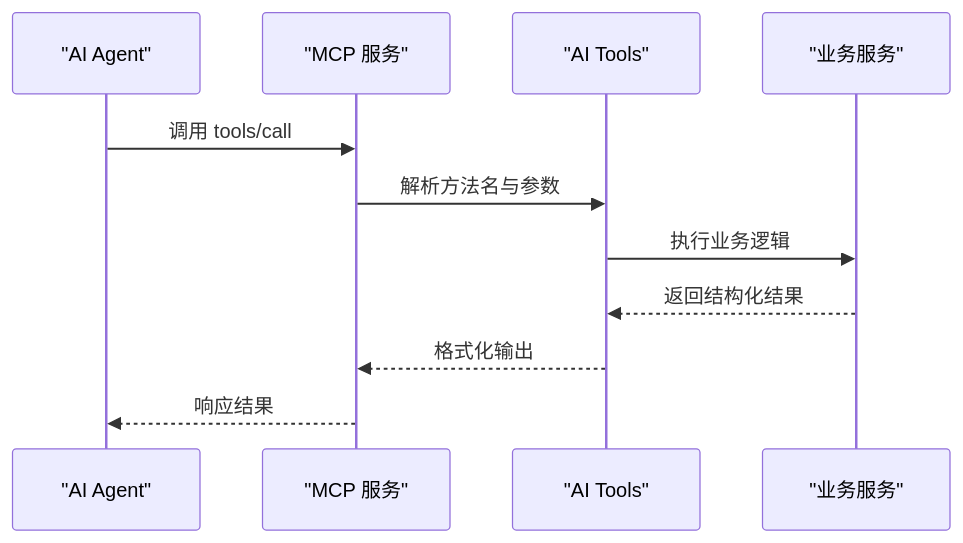
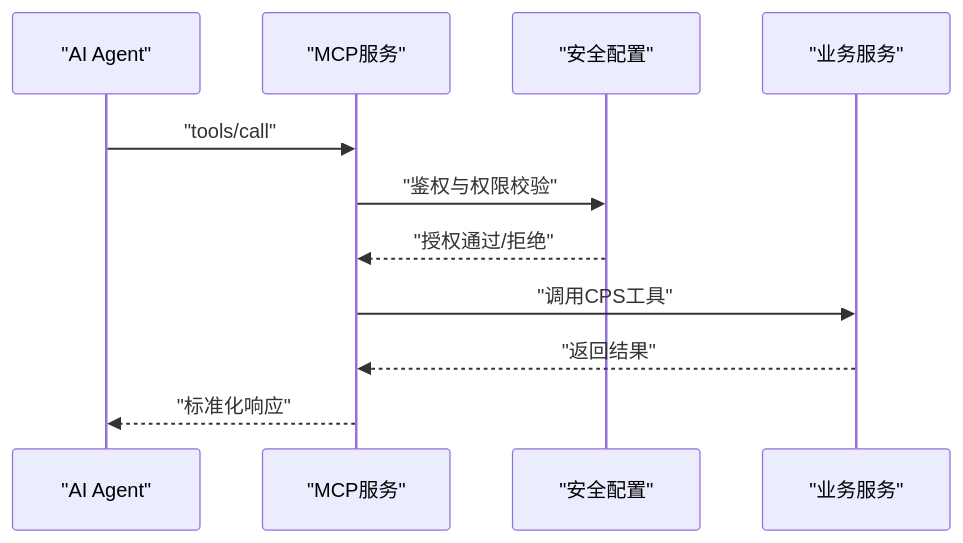
Before and after one commit to zhuangpengLI/AgenticCPS: the fifth of 7 diagrams in .qoder/repowiki/zh/content/项目概述/项目介绍与背景.md, drawn with Mermaid. The commit also changed other lines of this file and 293 other files, not shown here.

````diff
--- a/.qoder/repowiki/zh/content/项目概述/项目介绍与背景.md
+++ b/.qoder/repowiki/zh/content/项目概述/项目介绍与背景.md
@@ -169,13 +185,13 @@
 ```mermaid
 sequenceDiagram
 participant Agent as "AI Agent"
-participant MCP as "MCP 服务"
-participant Tools as "AI Tools"
-participant Biz as "业务服务"
-Agent->>MCP : 调用 tools/call
-MCP->>Tools : 解析方法名与参数
-Tools->>Biz : 执行业务逻辑
-Biz-->>Tools : 返回结构化结果
-Tools-->>MCP : 格式化输出
-MCP-->>Agent : 响应结果
+participant MCP as "MCP服务"
+participant Sec as "安全配置"
+participant Service as "业务服务"
+Agent->>MCP : "tools/call"
+MCP->>Sec : "鉴权与权限校验"
+Sec-->>MCP : "授权通过/拒绝"
+MCP->>Service : "调用CPS工具"
+Service-->>MCP : "返回结果"
+MCP-->>Agent : "标准化响应"
 ```
````
